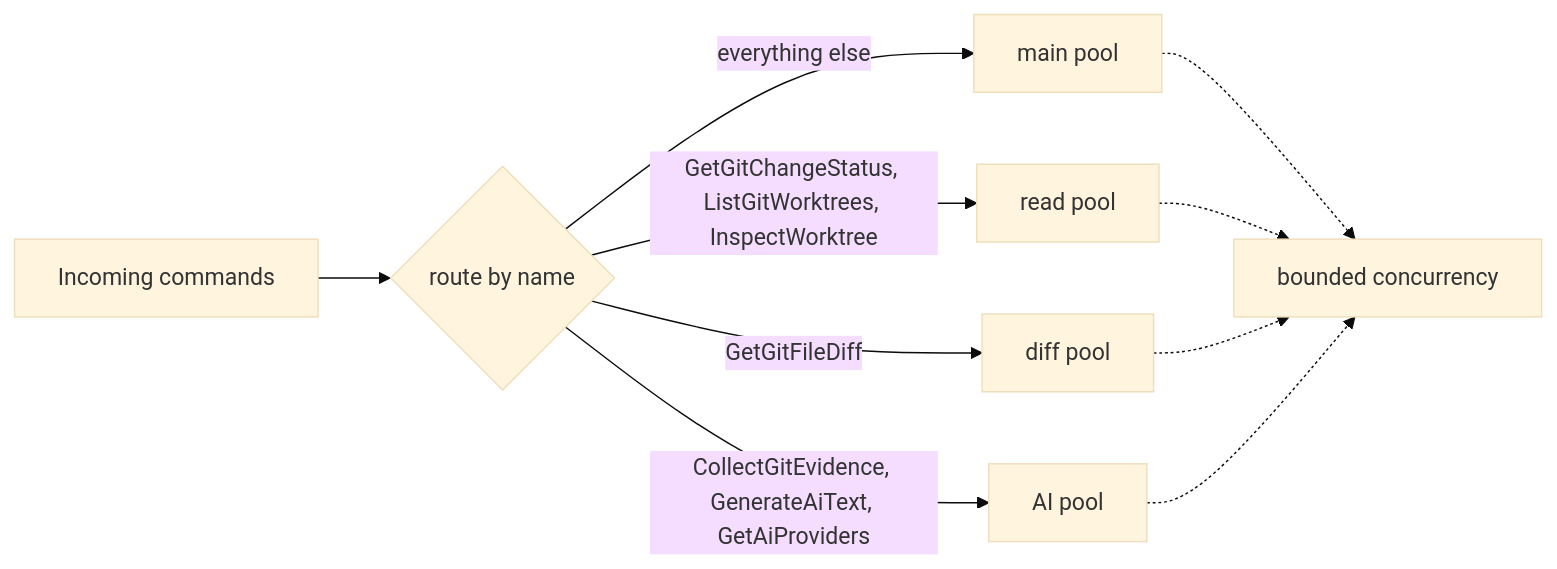
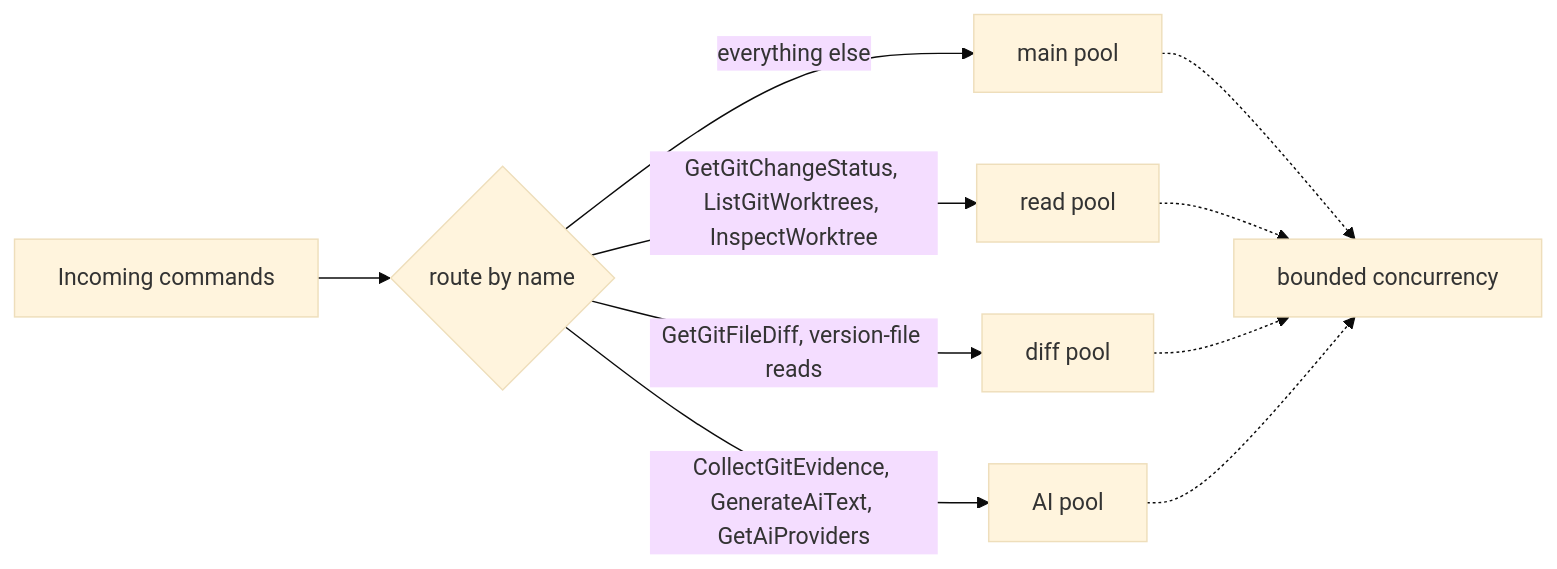
Before and after one commit to Jandini/GrayMoon: the second of 6 diagrams in docs/architecture/04-runtime-communication-and-concurrency.md, drawn with Mermaid (base theme). The commit also changed other lines of this file and 49 other files, not shown here.

````diff
--- a/docs/architecture/04-runtime-communication-and-concurrency.md
+++ b/docs/architecture/04-runtime-communication-and-concurrency.md
@@ -88,12 +88,12 @@
 ```mermaid
 flowchart LR
   In["Incoming commands"] --> Route{"route by name"}
   Route -->|"everything else"| Main["main pool"]
   Route -->|"GetGitChangeStatus, ListGitWorktrees, InspectWorktree"| Read["read pool"]
-  Route -->|"GetGitFileDiff"| Diff["diff pool"]
+  Route -->|"GetGitFileDiff, version-file reads"| Diff["diff pool"]
   Route -->|"CollectGitEvidence, GenerateAiText, GetAiProviders"| Ai["AI pool"]
   Main -.-> Cap["bounded concurrency"]
   Read -.-> Cap
   Diff -.-> Cap
   Ai -.-> Cap
 ```
````
